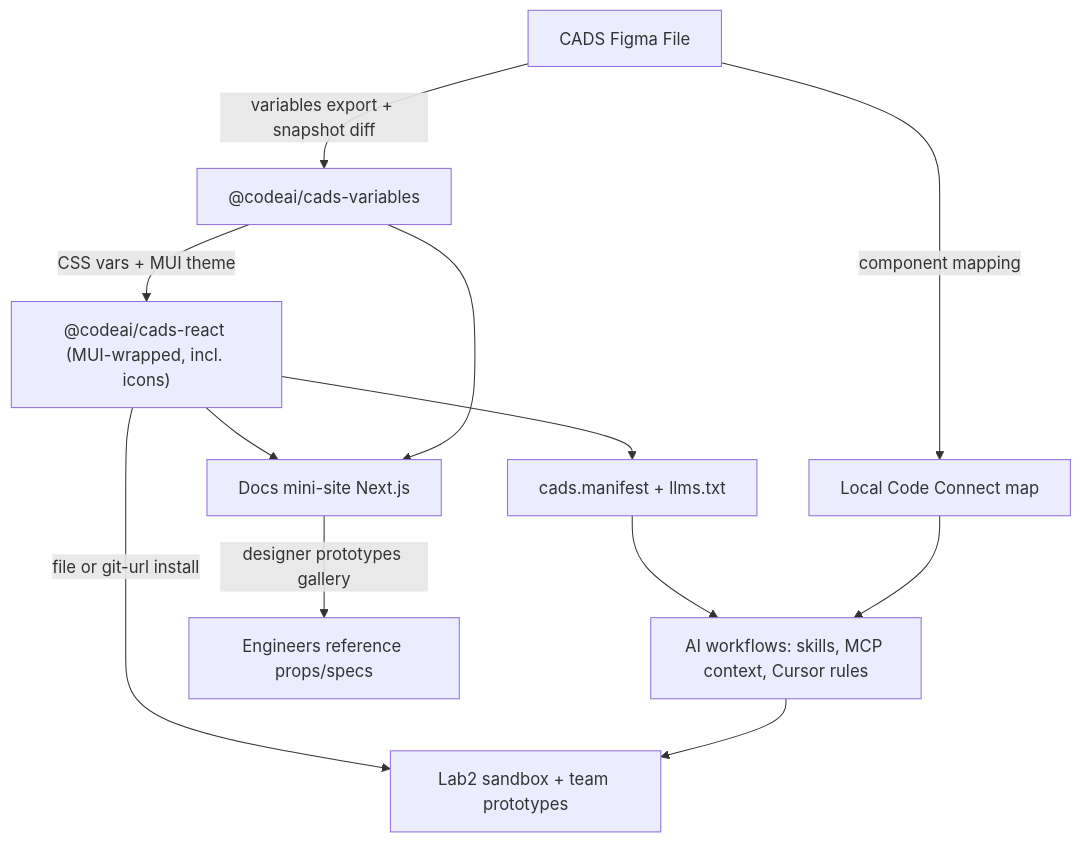
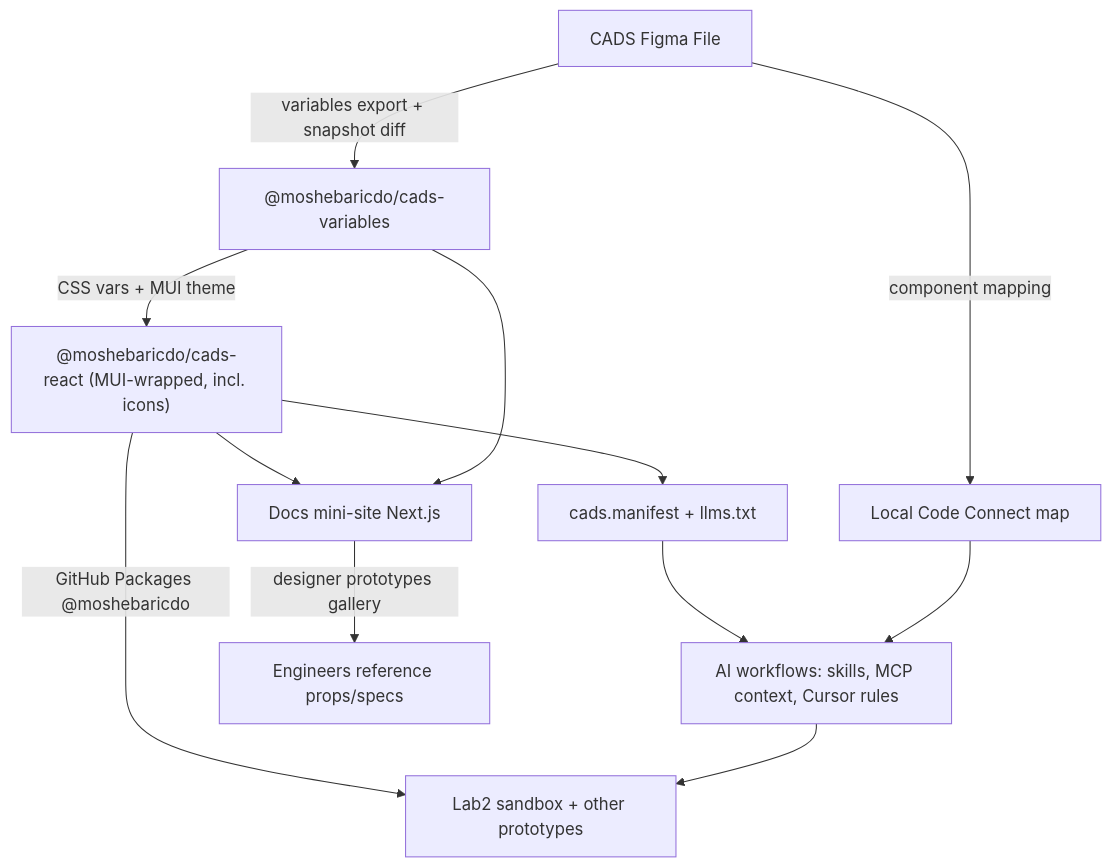
One commit to moshebaricdo/cads changed the diagram in docs/PLATFORM_PLAN.md. Above: the diagram before and after it, drawn with Mermaid. The commit also changed other lines of this file and 234 other files, not shown here.

First line of the commit message:
feat: publish @moshebaricdo/cads-* to GitHub Packages

````diff
--- a/docs/PLATFORM_PLAN.md
+++ b/docs/PLATFORM_PLAN.md
@@ -17,14 +17,14 @@
 ```mermaid
 flowchart TD
-    figma[CADS Figma File] -->|variables export + snapshot diff| varsPkg["@codeai/cads-variables"]
+    figma[CADS Figma File] -->|variables export + snapshot diff| varsPkg["@moshebaricdo/cads-variables"]
     figma -->|component mapping| ccMap[Local Code Connect map]
-    varsPkg -->|CSS vars + MUI theme| reactPkg["@codeai/cads-react (MUI-wrapped, incl. icons)"]
+    varsPkg -->|CSS vars + MUI theme| reactPkg["@moshebaricdo/cads-react (MUI-wrapped, incl. icons)"]
     reactPkg --> manifest["cads.manifest + llms.txt"]
     reactPkg --> docsSite[Docs mini-site Next.js]
     varsPkg --> docsSite
     manifest --> aiLayer[AI workflows: skills, MCP context, Cursor rules]
     ccMap --> aiLayer
-    reactPkg -->|file or git-url install| sandbox[Lab2 sandbox + team prototypes]
+    reactPkg -->|GitHub Packages @moshebaricdo| sandbox[Lab2 sandbox + other prototypes]
     aiLayer --> sandbox
     docsSite -->|designer prototypes gallery| engineers[Engineers reference props/specs]
 ```
````
